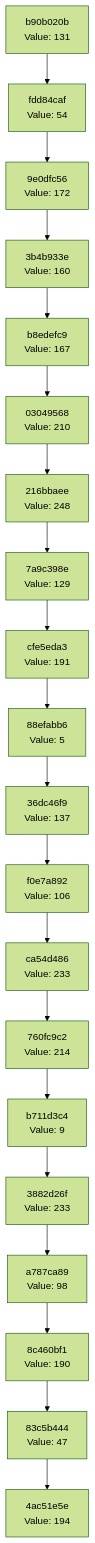
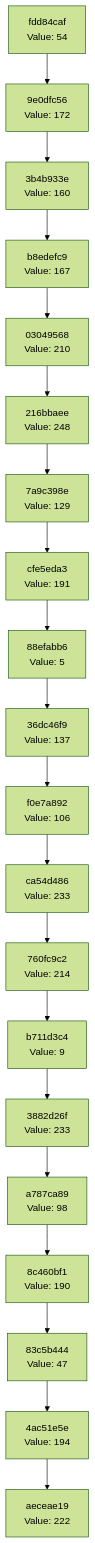
Before and after one commit to Abhisheksinha1506/hash-chain-evolver: the diagram in docs/CHAIN_VISUALIZATION.md, drawn with Mermaid (forest theme). The commit also changed 2 other files, not shown here.

Commit message:
Evolution Step

````diff
--- a/docs/CHAIN_VISUALIZATION.md
+++ b/docs/CHAIN_VISUALIZATION.md
@@ -3,42 +3,42 @@
 ```mermaid
 graph TD
-    C0["4ac51e5e<br/>Value: 194"]
-    C1["83c5b444<br/>Value: 47"]
+    C0["aeceae19<br/>Value: 222"]
+    C1["4ac51e5e<br/>Value: 194"]
     C1 --> C0
-    C2["8c460bf1<br/>Value: 190"]
+    C2["83c5b444<br/>Value: 47"]
     C2 --> C1
-    C3["a787ca89<br/>Value: 98"]
+    C3["8c460bf1<br/>Value: 190"]
     C3 --> C2
-    C4["3882d26f<br/>Value: 233"]
+    C4["a787ca89<br/>Value: 98"]
     C4 --> C3
-    C5["b711d3c4<br/>Value: 9"]
+    C5["3882d26f<br/>Value: 233"]
     C5 --> C4
-    C6["760fc9c2<br/>Value: 214"]
+    C6["b711d3c4<br/>Value: 9"]
     C6 --> C5
-    C7["ca54d486<br/>Value: 233"]
+    C7["760fc9c2<br/>Value: 214"]
     C7 --> C6
-    C8["f0e7a892<br/>Value: 106"]
+    C8["ca54d486<br/>Value: 233"]
     C8 --> C7
-    C9["36dc46f9<br/>Value: 137"]
+    C9["f0e7a892<br/>Value: 106"]
     C9 --> C8
-    C10["88efabb6<br/>Value: 5"]
+    C10["36dc46f9<br/>Value: 137"]
     C10 --> C9
-    C11["cfe5eda3<br/>Value: 191"]
+    C11["88efabb6<br/>Value: 5"]
     C11 --> C10
-    C12["7a9c398e<br/>Value: 129"]
+    C12["cfe5eda3<br/>Value: 191"]
     C12 --> C11
-    C13["216bbaee<br/>Value: 248"]
+    C13["7a9c398e<br/>Value: 129"]
     C13 --> C12
-    C14["03049568<br/>Value: 210"]
+    C14["216bbaee<br/>Value: 248"]
     C14 --> C13
-    C15["b8edefc9<br/>Value: 167"]
+    C15["03049568<br/>Value: 210"]
     C15 --> C14
-    C16["3b4b933e<br/>Value: 160"]
+    C16["b8edefc9<br/>Value: 167"]
     C16 --> C15
-    C17["9e0dfc56<br/>Value: 172"]
+    C17["3b4b933e<br/>Value: 160"]
     C17 --> C16
-    C18["fdd84caf<br/>Value: 54"]
+    C18["9e0dfc56<br/>Value: 172"]
     C18 --> C17
-    C19["b90b020b<br/>Value: 131"]
+    C19["fdd84caf<br/>Value: 54"]
     C19 --> C18
 ```
````
